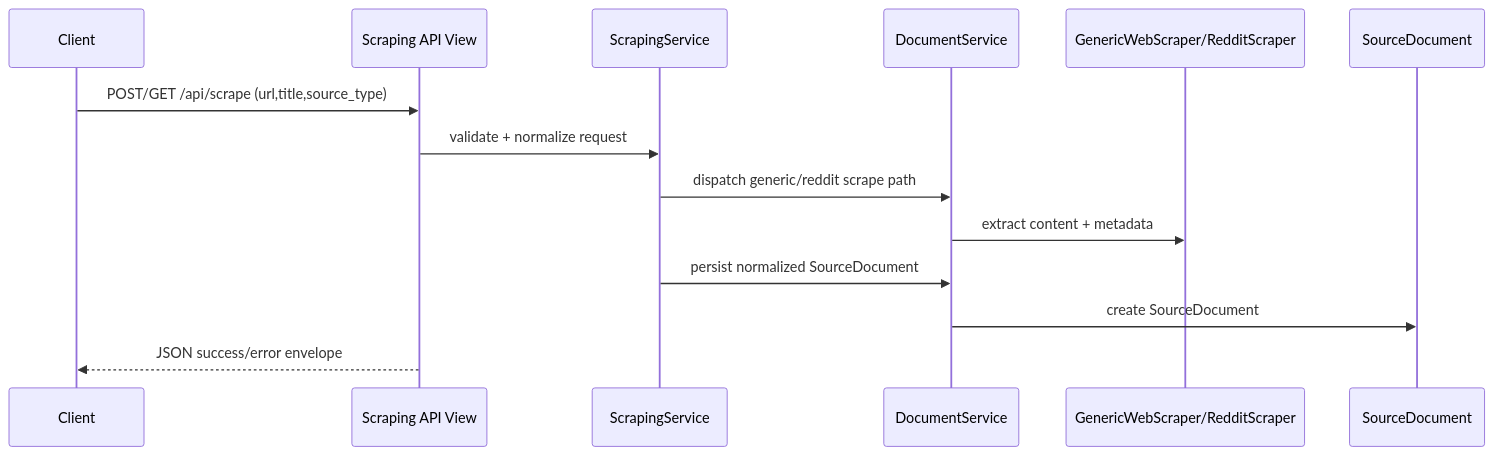
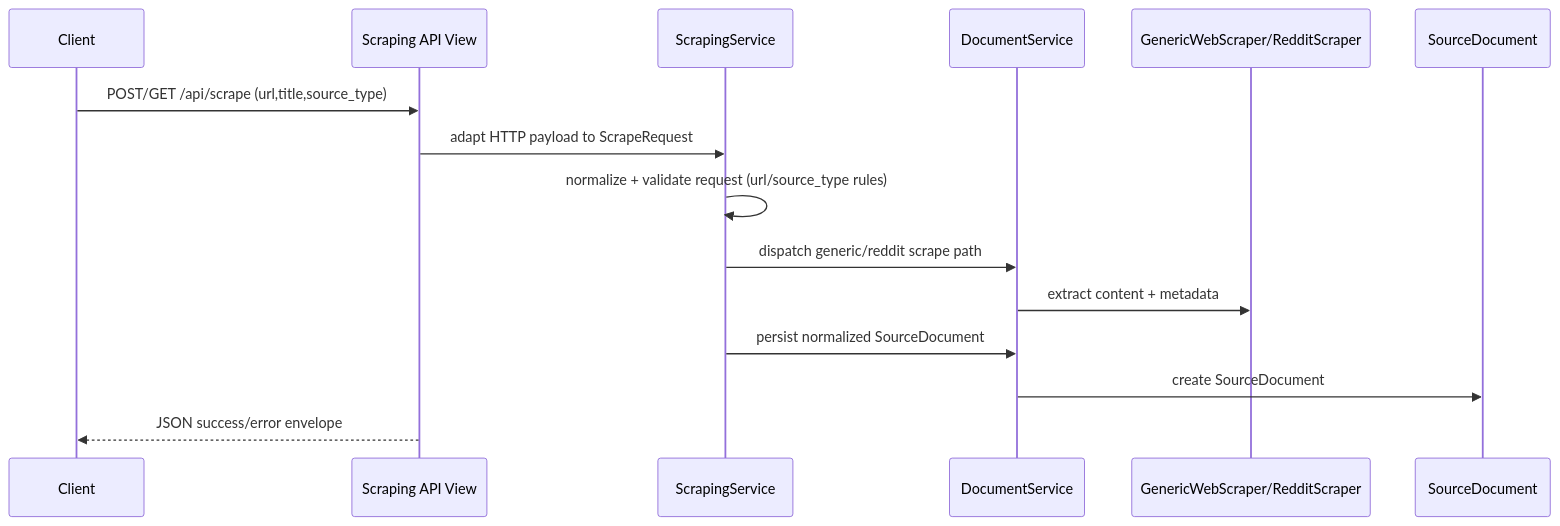
Before and after one commit to jeffreywallphd-ai/LMForge: the second of 6 diagrams in docs/architecture/runtime-flows.md, drawn with Mermaid. The commit also changed other lines of this file and 7 other files, not shown here.

````diff
--- a/docs/architecture/runtime-flows.md
+++ b/docs/architecture/runtime-flows.md
@@ -29,17 +29,18 @@
 ```mermaid
 sequenceDiagram
   participant U as Client
   participant API as Scraping API View
   participant APP as ScrapingService
   participant DOC as DocumentService
   participant INF as GenericWebScraper/RedditScraper
   participant DB as SourceDocument
 
   U->>API: POST/GET /api/scrape (url,title,source_type)
-  API->>APP: validate + normalize request
+  API->>APP: adapt HTTP payload to ScrapeRequest
+  APP->>APP: normalize + validate request (url/source_type rules)
   APP->>DOC: dispatch generic/reddit scrape path
   DOC->>INF: extract content + metadata
   APP->>DOC: persist normalized SourceDocument
   DOC->>DB: create SourceDocument
   API-->>U: JSON success/error envelope
 ```
````
